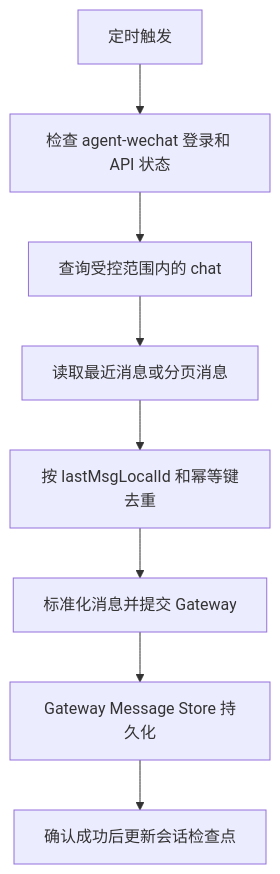
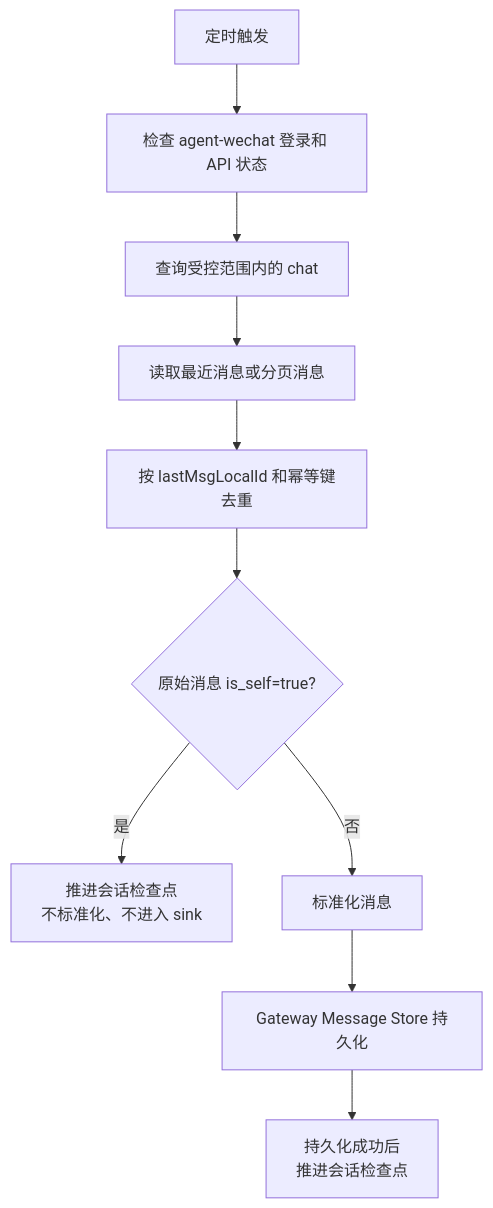
Before and after one commit to Tangbohu09527/CF_ecommerce-automation-docs: the second of 2 diagrams in design/wechat-adapter-design.md, drawn with Mermaid. The commit also changed other lines of this file and 20 other files, not shown here.

Commit message:
docs: update V1 staging architecture and validation records

````diff
--- a/design/wechat-adapter-design.md
+++ b/design/wechat-adapter-design.md
@@ -191,10 +191,12 @@
 ```mermaid
 flowchart TB
     P["定时触发"] --> H["检查 agent-wechat 登录和 API 状态"]
     H --> Q["查询受控范围内的 chat"]
     Q --> M["读取最近消息或分页消息"]
     M --> D["按 lastMsgLocalId 和幂等键去重"]
-    D --> N["标准化消息并提交 Gateway"]
+    D --> S{"原始消息 is_self=true?"}
+    S -->|"是"| CS["推进会话检查点<br/>不标准化、不进入 sink"]
+    S -->|"否"| N["标准化消息"]
     N --> G["Gateway Message Store 持久化"]
-    G --> C["确认成功后更新会话检查点"]
+    G --> C["持久化成功后<br/>推进会话检查点"]
 ```
````
